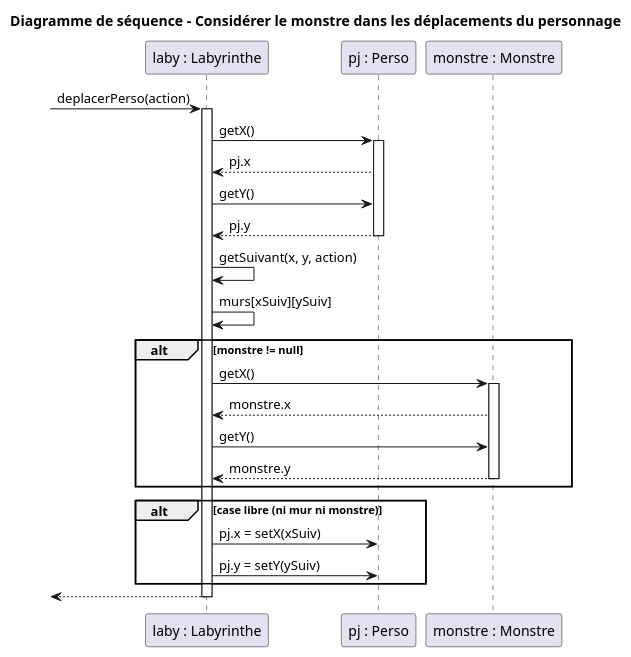
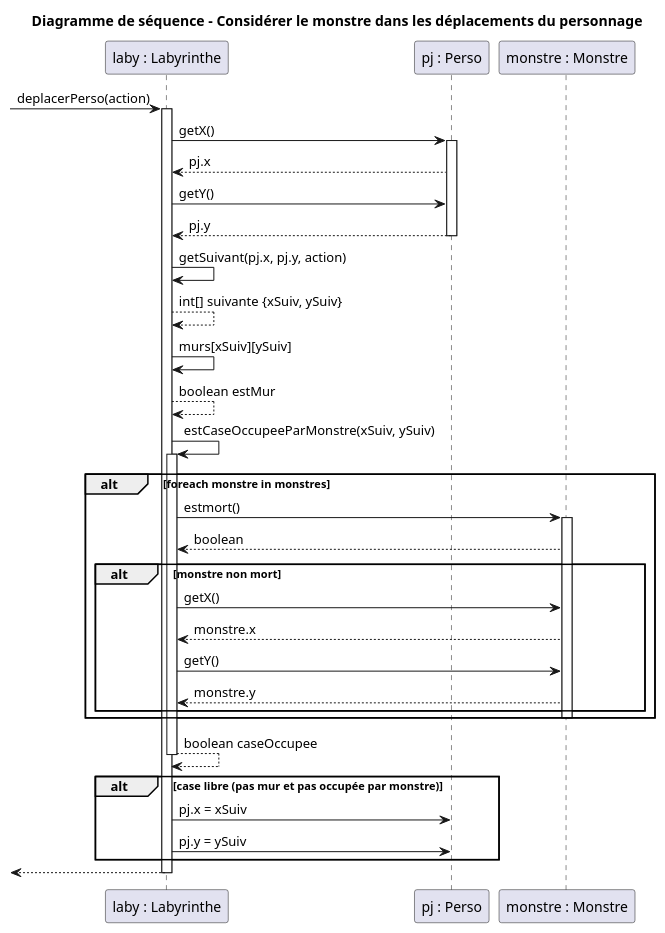
Before and after one commit to Fhm11/Projet_Zeldiablo: the diagram in documents/version_2/fonctionnalite3.puml, drawn with PlantUML. The commit also changed 1 other file, not shown here.

```diff
--- a/documents/version_2/fonctionnalite3.puml
+++ b/documents/version_2/fonctionnalite3.puml
@@ -1,39 +1,50 @@
 @startuml
 title Diagramme de séquence - Considérer le monstre dans les déplacements du personnage
 
 participant "laby : Labyrinthe" as laby
 participant "pj : Perso" as perso
 participant "monstre : Monstre" as monstre
 
 -> laby : deplacerPerso(action)
 activate laby
 
 laby -> perso : getX()
 activate perso
 perso --> laby : pj.x
 laby -> perso : getY()
 perso --> laby : pj.y
 deactivate perso
 
-laby -> laby : getSuivant(x, y, action)
+laby -> laby : getSuivant(pj.x, pj.y, action)
+laby --> laby : int[] suivante {xSuiv, ySuiv}
 
 laby -> laby : murs[xSuiv][ySuiv]
+laby --> laby : boolean estMur
 
-alt monstre != null
-    laby -> monstre : getX()
+laby -> laby : estCaseOccupeeParMonstre(xSuiv, ySuiv)
+activate laby
+
+alt foreach monstre in monstres
+    laby -> monstre : estmort()
     activate monstre
-    monstre --> laby : monstre.x
-    laby -> monstre : getY()
-    monstre --> laby : monstre.y
+    monstre --> laby : boolean
+    alt monstre non mort
+        laby -> monstre : getX()
+        monstre --> laby : monstre.x
+        laby -> monstre : getY()
+        monstre --> laby : monstre.y
+    end
     deactivate monstre
 end
+laby --> laby : boolean caseOccupee
 
-alt case libre (ni mur ni monstre)
-    laby -> perso : pj.x = setX(xSuiv)
-    laby -> perso : pj.y = setY(ySuiv)
-    
+deactivate laby
+
+alt case libre (pas mur et pas occupée par monstre)
+    laby -> perso : pj.x = xSuiv
+    laby -> perso : pj.y = ySuiv
 end
 
 <-- laby
 deactivate laby
 @enduml
```
